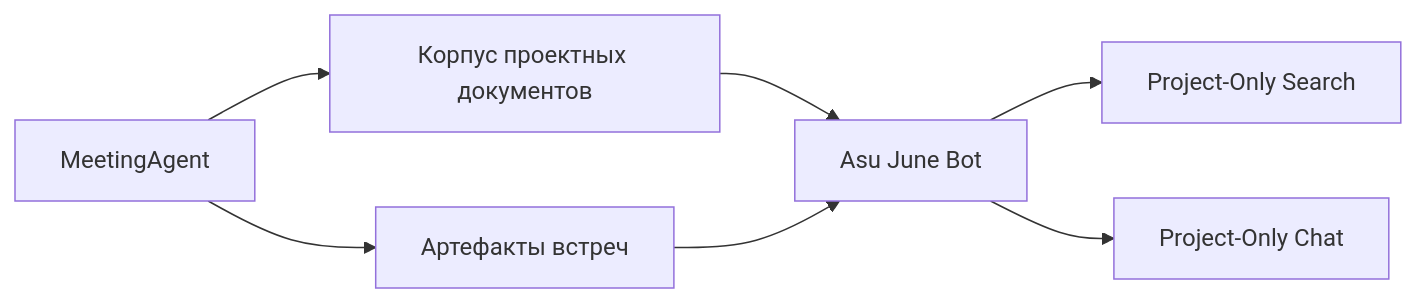
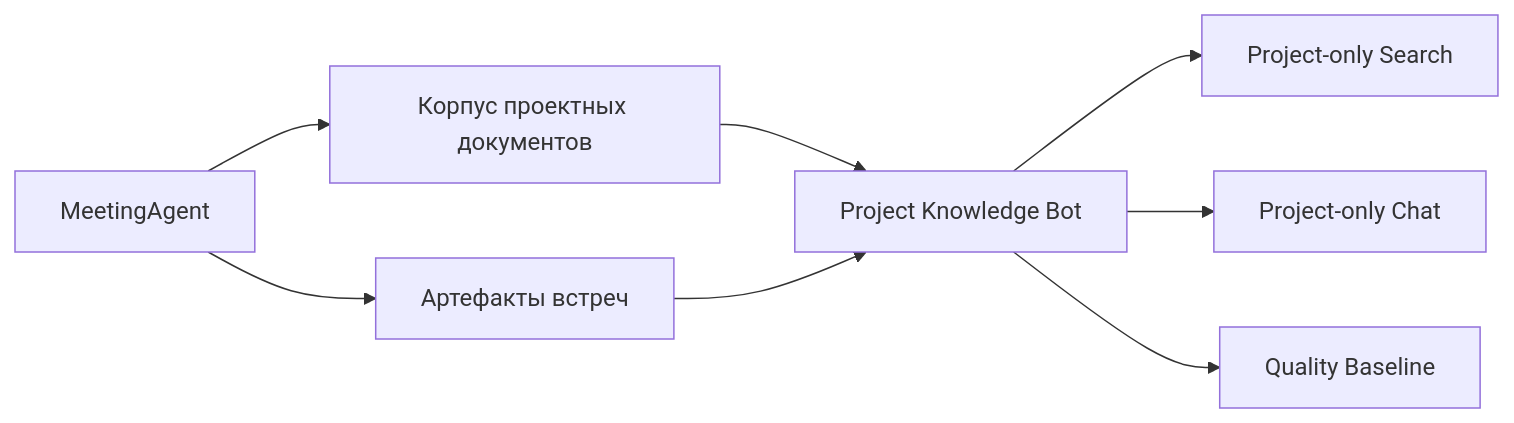
The second of 5 diagrams in docs/subprojects/asu-june-bot/product/07_product_architecture_and_relationships.md (Anatoliy-Sysoev/MeetingAgent), drawn with Mermaid before and after one commit. The commit also changed other lines of this file, not shown here.

````diff
--- a/docs/subprojects/asu-june-bot/product/07_product_architecture_and_relationships.md
+++ b/docs/subprojects/asu-june-bot/product/07_product_architecture_and_relationships.md
@@ -39,9 +44,10 @@
 ```mermaid
 graph LR
     MA["MeetingAgent"] --> DOCS["Корпус проектных документов"]
     MA --> MEET["Артефакты встреч"]
-    DOCS --> AJB["Asu June Bot"]
-    MEET --> AJB
-    AJB --> SEARCH["Project-Only Search"]
-    AJB --> CHAT["Project-Only Chat"]
+    DOCS --> PKB["Project Knowledge Bot"]
+    MEET --> PKB
+    PKB --> SEARCH["Project-only Search"]
+    PKB --> CHAT["Project-only Chat"]
+    PKB --> EVAL["Quality Baseline"]
 ```
````
